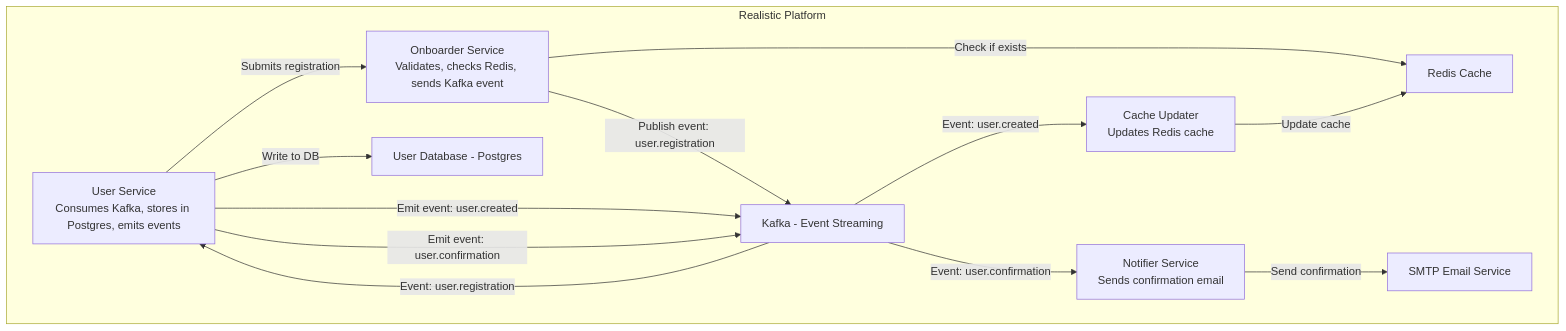
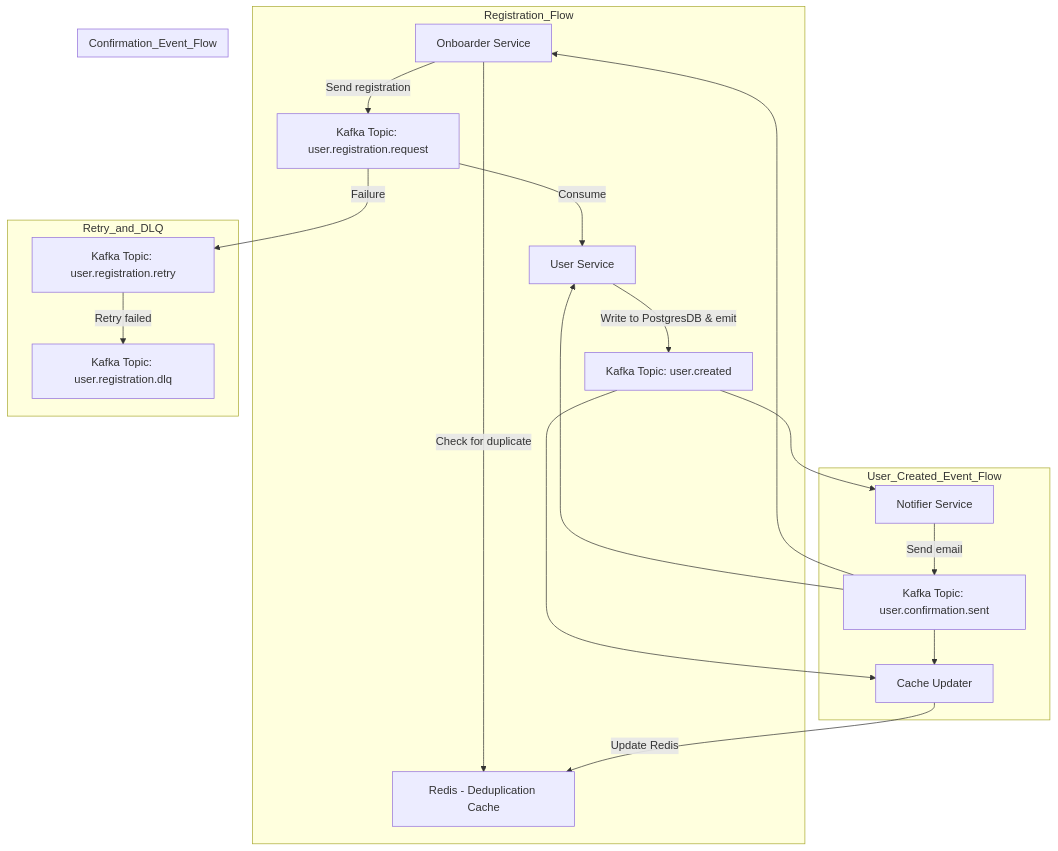
Before and after one commit to AnuchitO/softcraft-valley: the second of 4 diagrams in Jade-Palace.md, drawn with Mermaid. The commit also changed other lines of this file, not shown here.

Commit message:
add diagram

````diff
--- a/Jade-Palace.md
+++ b/Jade-Palace.md
@@ -89,28 +185,40 @@
 ```mermaid
 flowchart TD
-  user[User: Registers as a new user]
+  subgraph Registration_Flow
+    Onboarder[Onboarder Service]
+    Redis[Redis - Deduplication Cache]
+    KafkaUserRegCmd["Kafka Topic: user.registration.request"]
+    UserService[User Service]
+    KafkaUserCreatedEvt["Kafka Topic: user.created"]
 
-  subgraph "Realistic Platform"
-    onboarder[Onboarder Service<br/>Validates, checks Redis, sends Kafka event]
-    user[User Service<br/>Consumes Kafka, stores in Postgres, emits events]
-    notifier[Notifier Service<br/>Sends confirmation email]
-    cacheupdater[Cache Updater<br/>Updates Redis cache]
-
-    redis[Redis Cache]
-    postgres[User Database - Postgres]
-    kafka[Kafka - Event Streaming]
-    email[SMTP Email Service]
+    Onboarder -->|Check for duplicate| Redis
+    Onboarder -->|Send registration| KafkaUserRegCmd
+    KafkaUserRegCmd -->|Consume| UserService
+    UserService -->|Write to PostgresDB & emit| KafkaUserCreatedEvt
   end
 
-  user -->|Submits registration| onboarder
-  onboarder -->|Check if exists| redis
-  onboarder -->|Publish event: user.registration| kafka
-  kafka -->|Event: user.registration| user
-  user -->|Write to DB| postgres
-  user -->|Emit event: user.created| kafka
-  user -->|Emit event: user.confirmation| kafka
-  kafka -->|Event: user.confirmation| notifier
-  notifier -->|Send confirmation| email
-  kafka -->|Event: user.created| cacheupdater
-  cacheupdater -->|Update cache| redis
+  subgraph User_Created_Event_Flow
+    Notifier[Notifier Service]
+    CacheUpdater[Cache Updater]
+    KafkaUserConfirmedEvt["Kafka Topic: user.confirmation.sent"]
+
+    KafkaUserCreatedEvt --> Notifier
+    KafkaUserCreatedEvt --> CacheUpdater
+    CacheUpdater -->|Update Redis| Redis
+    Notifier -->|Send email| KafkaUserConfirmedEvt
+  end
+
+  subgraph Confirmation_Event_Flow
+    KafkaUserConfirmedEvt --> CacheUpdater
+    KafkaUserConfirmedEvt --> UserService
+    KafkaUserConfirmedEvt --> Onboarder
+  end
+
+  subgraph Retry_and_DLQ
+    KafkaRetry["Kafka Topic: user.registration.retry"]
+    KafkaDLQ["Kafka Topic: user.registration.dlq"]
+
+    KafkaUserRegCmd -->|Failure| KafkaRetry
+    KafkaRetry -->|Retry failed| KafkaDLQ
+  end
 ```
````
